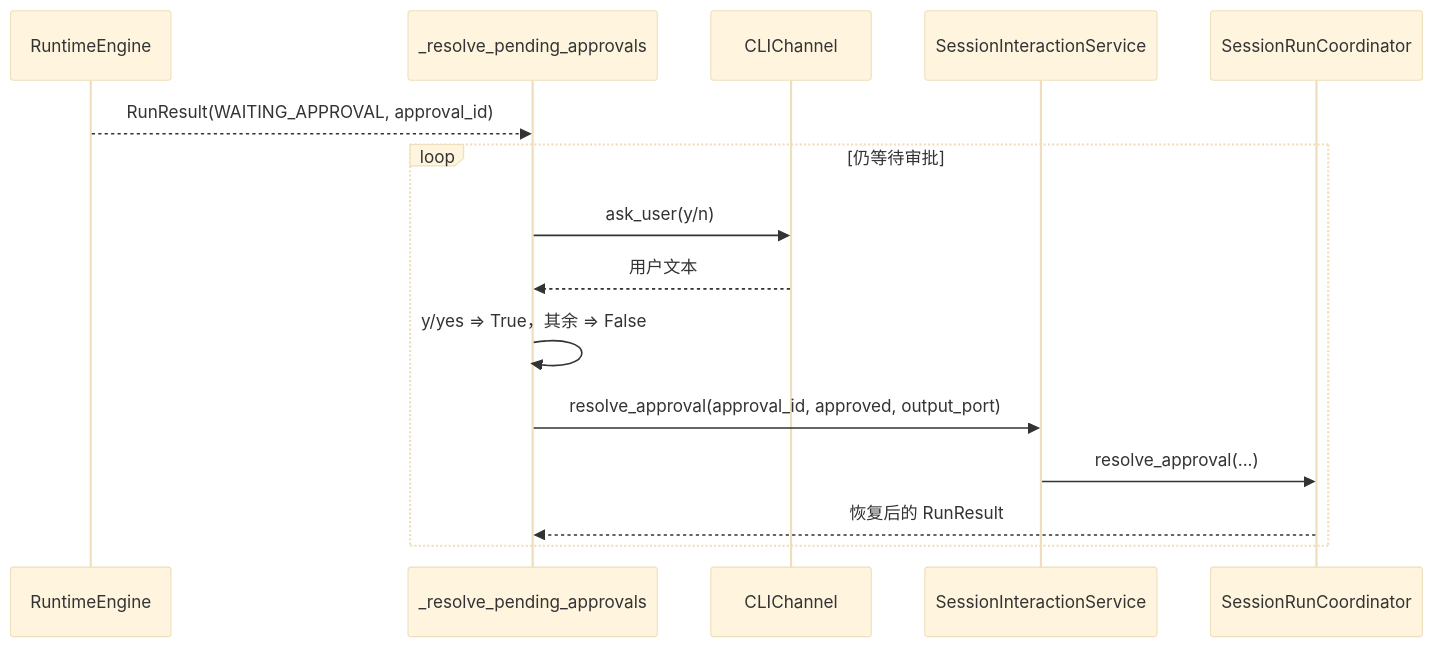
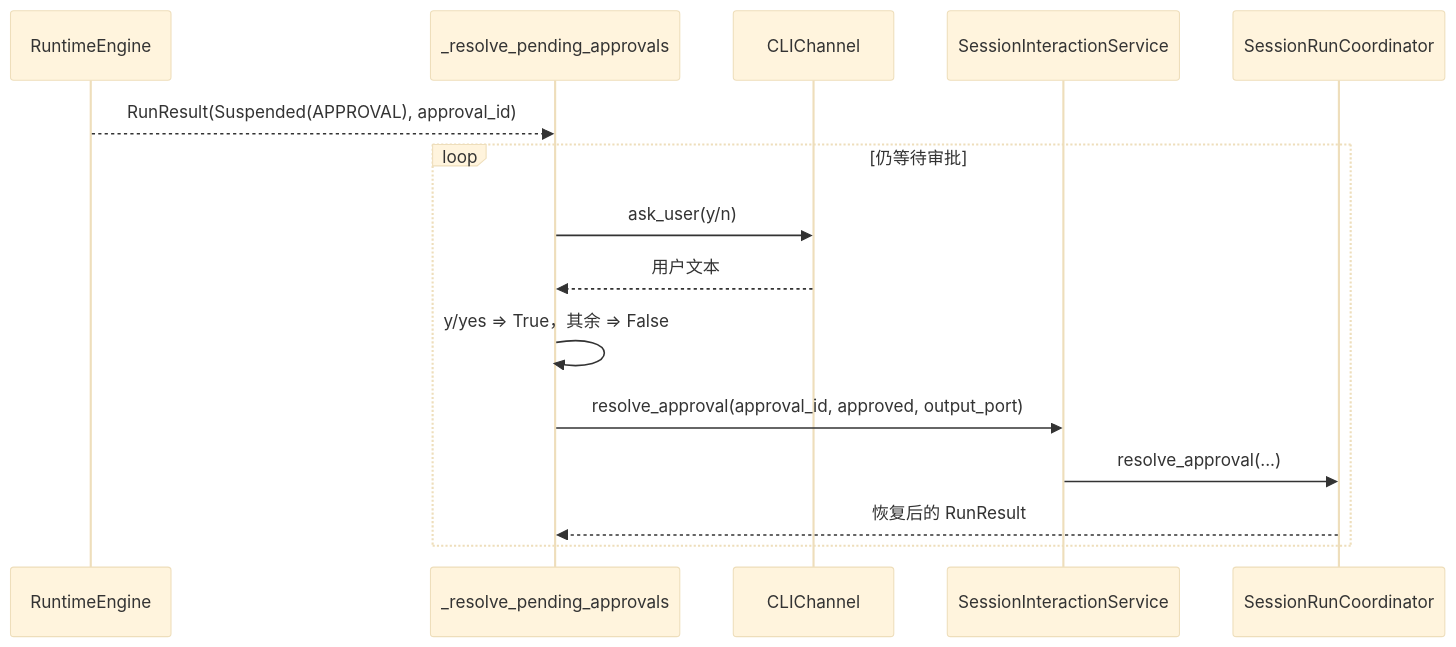
One commit to aandbcct/dotClaw changed the eighth of 14 diagrams in docs/wiki/Bootstrap 与应用入口模块总体说明.md. Above: the diagram before and after it, drawn with Mermaid (base theme). The commit also changed other lines of this file and 12 other files, not shown here.

````diff
--- a/docs/wiki/Bootstrap 与应用入口模块总体说明.md
+++ b/docs/wiki/Bootstrap 与应用入口模块总体说明.md
@@ -1487,18 +1487,18 @@
 ```mermaid
 sequenceDiagram
     participant Runtime as RuntimeEngine
     participant Main as _resolve_pending_approvals
     participant Channel as CLIChannel
     participant App as SessionInteractionService
     participant Coord as SessionRunCoordinator
 
-    Runtime-->>Main: RunResult(WAITING_APPROVAL, approval_id)
+    Runtime-->>Main: RunResult(Suspended(APPROVAL), approval_id)
     loop 仍等待审批
         Main->>Channel: ask_user(y/n)
         Channel-->>Main: 用户文本
         Main->>Main: y/yes => True，其余 => False
         Main->>App: resolve_approval(approval_id, approved, output_port)
         App->>Coord: resolve_approval(...)
         Coord-->>Main: 恢复后的 RunResult
     end
 ```
````
